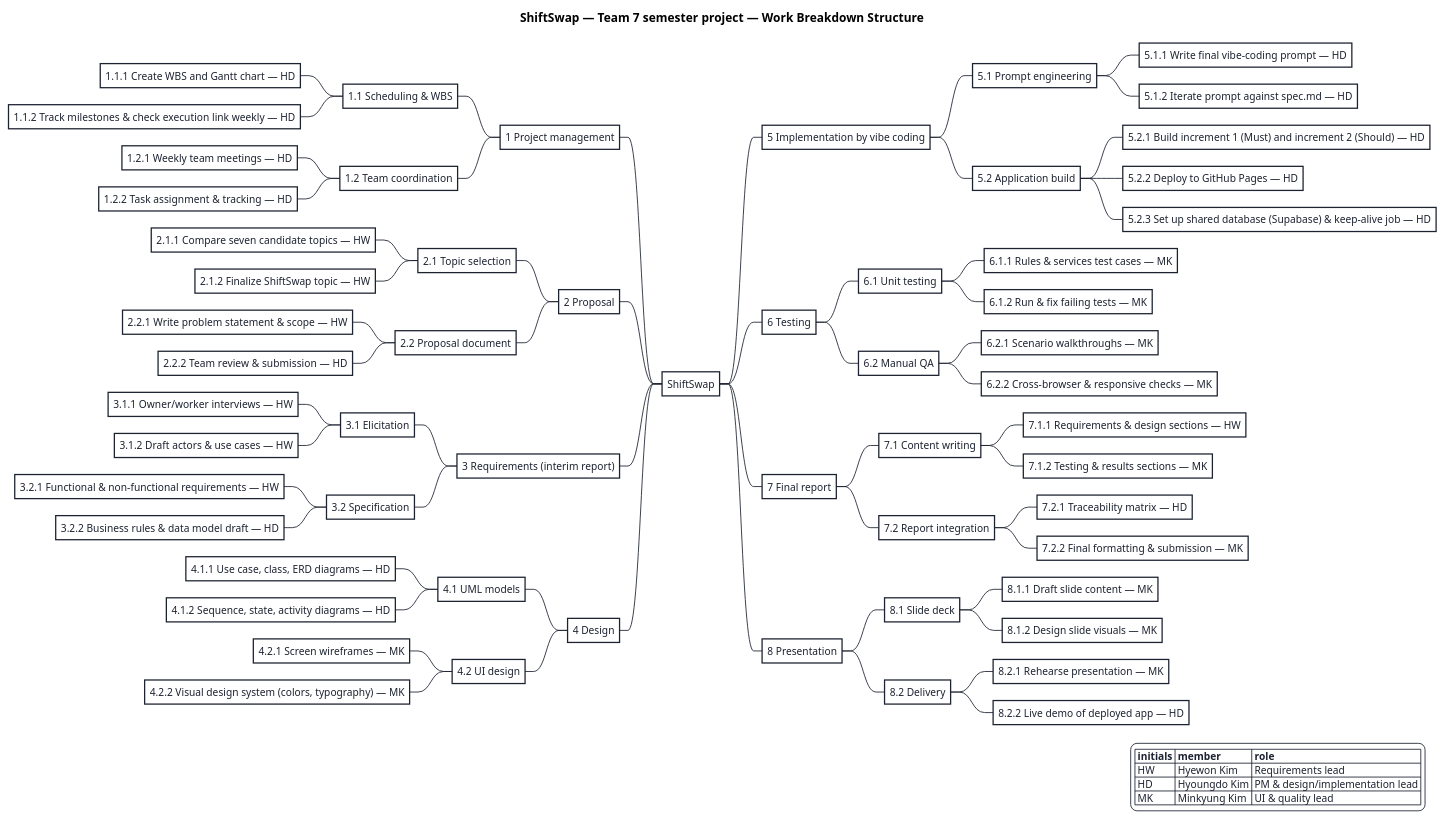
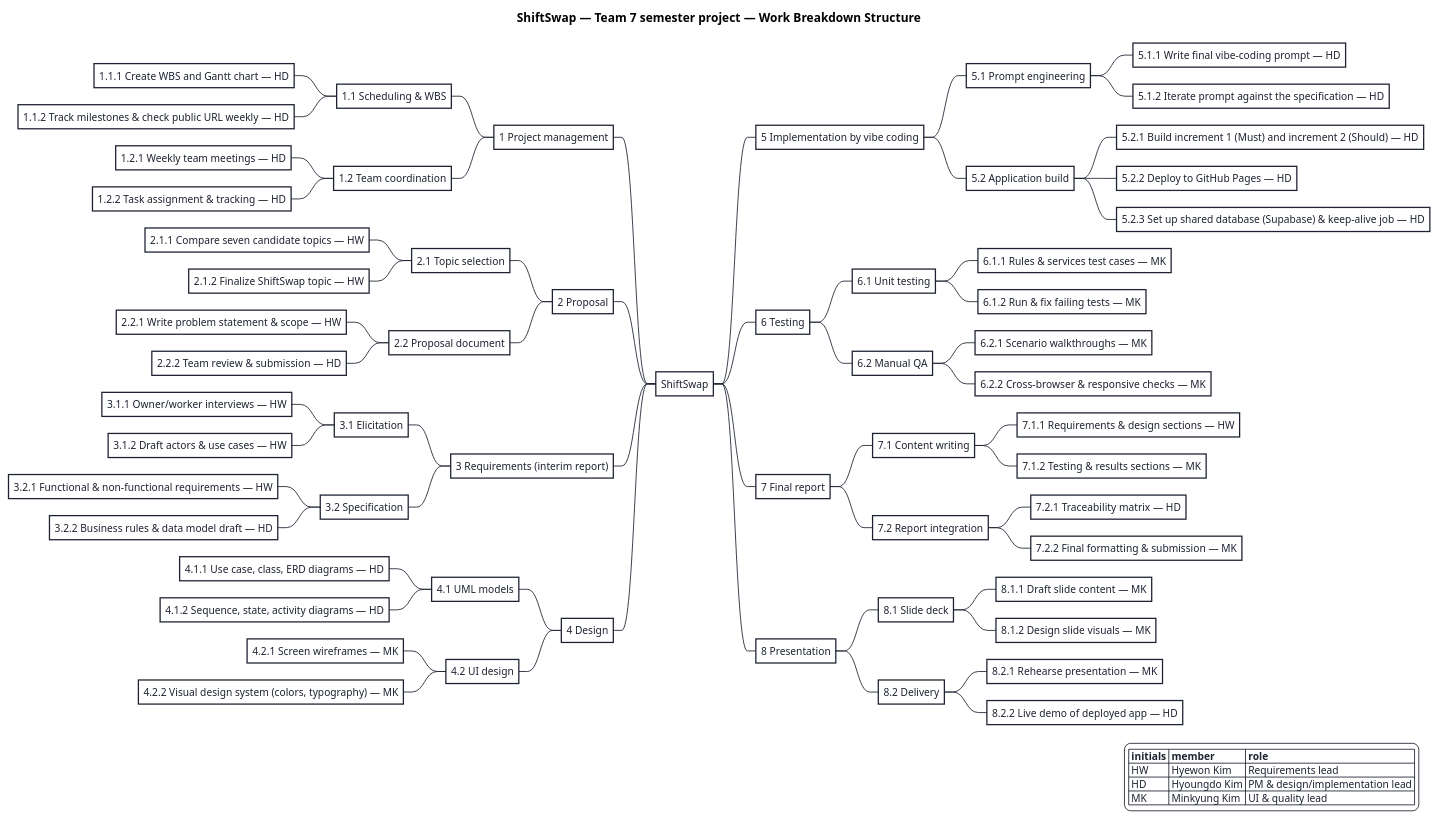
One commit to keemlogan/shiftswap changed the diagram in uml/src/wbs.puml. Above: the diagram before and after it, drawn with PlantUML. The commit also changed 6 other files, not shown here.

```diff
--- a/uml/src/wbs.puml
+++ b/uml/src/wbs.puml
@@ -1,97 +1,97 @@
 @startmindmap wbs
 <style>
 mindmapDiagram {
   BackGroundColor white
   LineColor #1C2230
   FontColor #1C2230
   FontName Helvetica
   FontSize 12
   node {
     RoundCorner 0
     Padding 6
     LineColor #1C2230
     BackGroundColor white
     HorizontalAlignment center
   }
 }
 </style>
 title ShiftSwap — Team 7 semester project — Work Breakdown Structure
 
 * ShiftSwap
 
 left side
 
 ** 1 Project management
 *** 1.1 Scheduling & WBS
 **** 1.1.1 Create WBS and Gantt chart — HD
-**** 1.1.2 Track milestones & check execution link weekly — HD
+**** 1.1.2 Track milestones & check public URL weekly — HD
 *** 1.2 Team coordination
 **** 1.2.1 Weekly team meetings — HD
 **** 1.2.2 Task assignment & tracking — HD
 
 ** 2 Proposal
 *** 2.1 Topic selection
 **** 2.1.1 Compare seven candidate topics — HW
 **** 2.1.2 Finalize ShiftSwap topic — HW
 *** 2.2 Proposal document
 **** 2.2.1 Write problem statement & scope — HW
 **** 2.2.2 Team review & submission — HD
 
 ** 3 Requirements (interim report)
 *** 3.1 Elicitation
 **** 3.1.1 Owner/worker interviews — HW
 **** 3.1.2 Draft actors & use cases — HW
 *** 3.2 Specification
 **** 3.2.1 Functional & non-functional requirements — HW
 **** 3.2.2 Business rules & data model draft — HD
 
 ** 4 Design
 *** 4.1 UML models
 **** 4.1.1 Use case, class, ERD diagrams — HD
 **** 4.1.2 Sequence, state, activity diagrams — HD
 *** 4.2 UI design
 **** 4.2.1 Screen wireframes — MK
 **** 4.2.2 Visual design system (colors, typography) — MK
 
 right side
 
 ** 5 Implementation by vibe coding
 *** 5.1 Prompt engineering
 **** 5.1.1 Write final vibe-coding prompt — HD
-**** 5.1.2 Iterate prompt against spec.md — HD
+**** 5.1.2 Iterate prompt against the specification — HD
 *** 5.2 Application build
 **** 5.2.1 Build increment 1 (Must) and increment 2 (Should) — HD
 **** 5.2.2 Deploy to GitHub Pages — HD
 **** 5.2.3 Set up shared database (Supabase) & keep-alive job — HD
 
 ** 6 Testing
 *** 6.1 Unit testing
 **** 6.1.1 Rules & services test cases — MK
 **** 6.1.2 Run & fix failing tests — MK
 *** 6.2 Manual QA
 **** 6.2.1 Scenario walkthroughs — MK
 **** 6.2.2 Cross-browser & responsive checks — MK
 
 ** 7 Final report
 *** 7.1 Content writing
 **** 7.1.1 Requirements & design sections — HW
 **** 7.1.2 Testing & results sections — MK
 *** 7.2 Report integration
 **** 7.2.1 Traceability matrix — HD
 **** 7.2.2 Final formatting & submission — MK
 
 ** 8 Presentation
 *** 8.1 Slide deck
 **** 8.1.1 Draft slide content — MK
 **** 8.1.2 Design slide visuals — MK
 *** 8.2 Delivery
 **** 8.2.1 Rehearse presentation — MK
 **** 8.2.2 Live demo of deployed app — HD
 
 legend right
   |= initials |= member |= role |
   | HW | Hyewon Kim | Requirements lead |
   | HD | Hyoungdo Kim | PM & design/implementation lead |
   | MK | Minkyung Kim | UI & quality lead |
 endlegend
 @endmindmap
```
